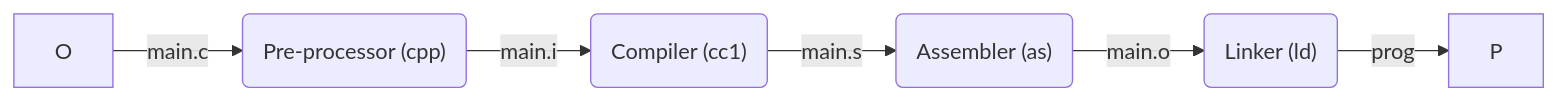
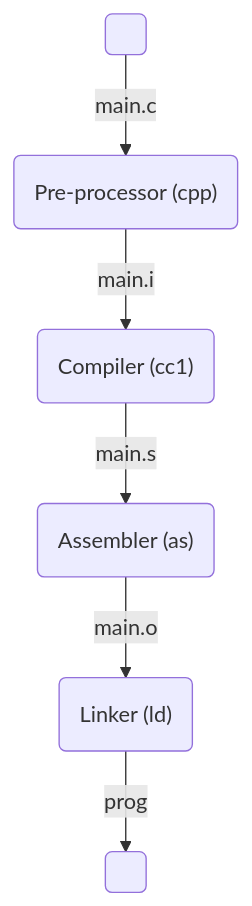
One commit to injecTerminal/termux_DEVENV changed the diagram in Compilation/README.md. Above: the diagram before and after it, drawn with Mermaid.

````diff
--- a/Compilation/README.md
+++ b/Compilation/README.md
@@ -4,11 +4,11 @@
 ```mermaid
 
-flowchart LR
+flowchart TB
 
-	O-- main.c -->A("Pre-processor (cpp)");
+	O( ) -- main.c -->A("Pre-processor (cpp)");
 	A -- main.i --> B(" Compiler (cc1)");
 	B -- main.s --> C(" Assembler (as)");
 	C -- main.o --> D(" Linker (ld)");
-	D -- prog --> P;
+	D -- prog --> P( );
 
 ```
````
